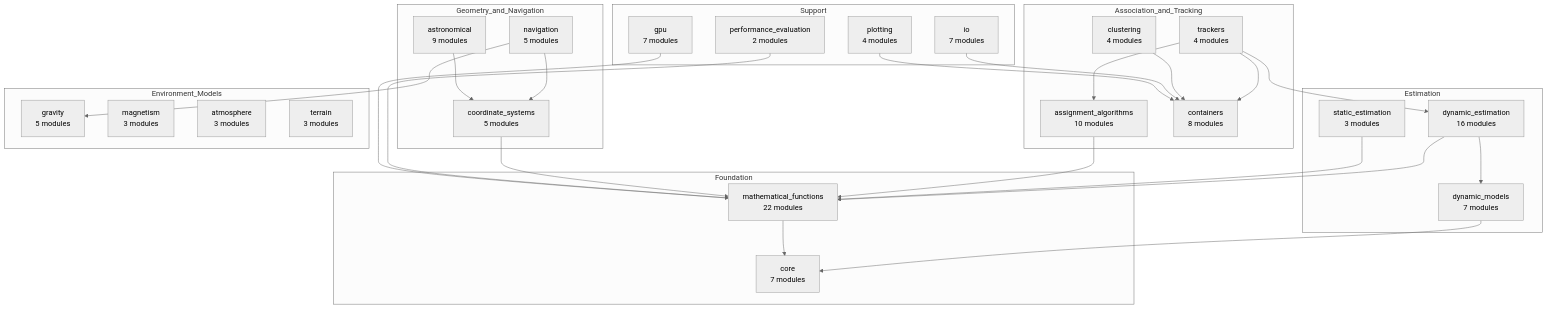
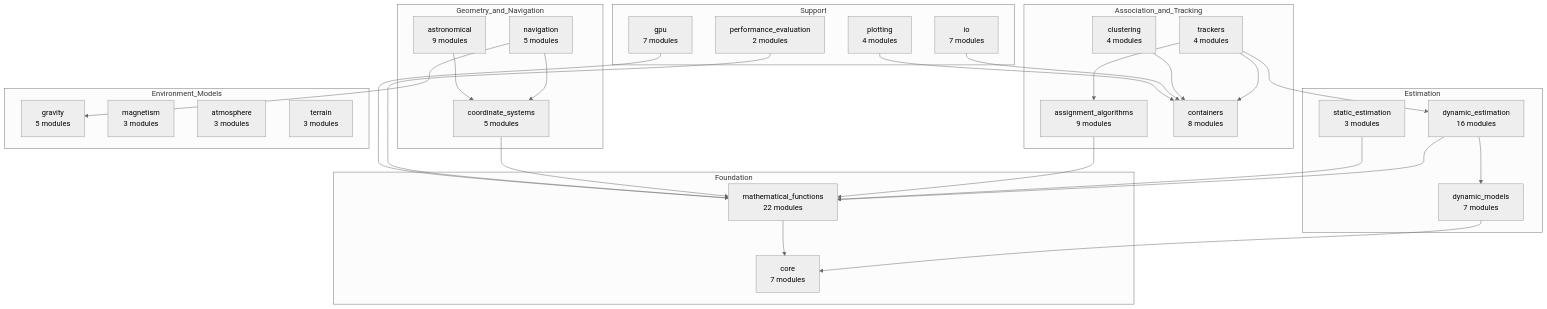
One commit to nedonatelli/TCL changed the first of 4 diagrams in docs/architecture.rst. Above: the diagram before and after it, drawn with Mermaid (neutral theme). The commit also changed other lines of this file and 8 other files, not shown here.

```diff
--- a/docs/architecture.rst
+++ b/docs/architecture.rst
@@ -22,59 +22,59 @@
 .. mermaid::
 
    graph TD
        subgraph Estimation
            DE["dynamic_estimation<br/>16 modules"]
            DM["dynamic_models<br/>7 modules"]
            SE["static_estimation<br/>3 modules"]
        end
 
        subgraph Association_and_Tracking
-           AA["assignment_algorithms<br/>10 modules"]
+           AA["assignment_algorithms<br/>9 modules"]
            TR["trackers<br/>4 modules"]
            CL["clustering<br/>4 modules"]
            CO["containers<br/>8 modules"]
        end
 
        subgraph Geometry_and_Navigation
            CS["coordinate_systems<br/>5 modules"]
            NA["navigation<br/>5 modules"]
            AS["astronomical<br/>9 modules"]
        end
 
        subgraph Environment_Models
            GR["gravity<br/>5 modules"]
            MA["magnetism<br/>3 modules"]
            AT["atmosphere<br/>3 modules"]
            TE["terrain<br/>3 modules"]
        end
 
        subgraph Foundation
            MF["mathematical_functions<br/>22 modules"]
            CR["core<br/>7 modules"]
        end
 
        subgraph Support
            IO["io<br/>7 modules"]
            GP["gpu<br/>7 modules"]
            PL["plotting<br/>4 modules"]
            PE["performance_evaluation<br/>2 modules"]
        end
 
        TR --> DE
        TR --> AA
        TR --> CO
        DE --> DM
        DE --> MF
        AA --> MF
        CL --> CO
        NA --> CS
        NA --> GR
        AS --> CS
        SE --> MF
        CS --> MF
        PE --> MF
        IO --> CO
        GP --> MF
        PL --> CO
        DM --> CR
        MF --> CR
```
